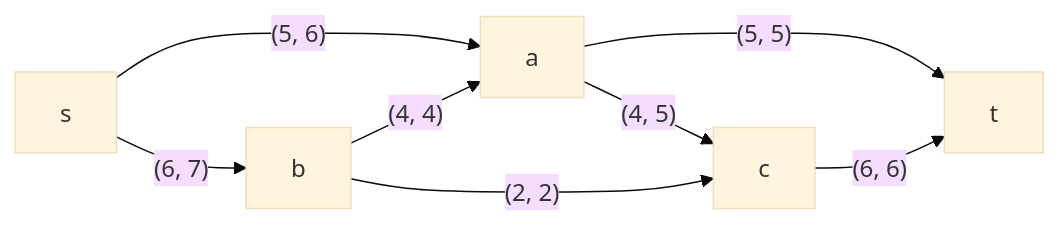
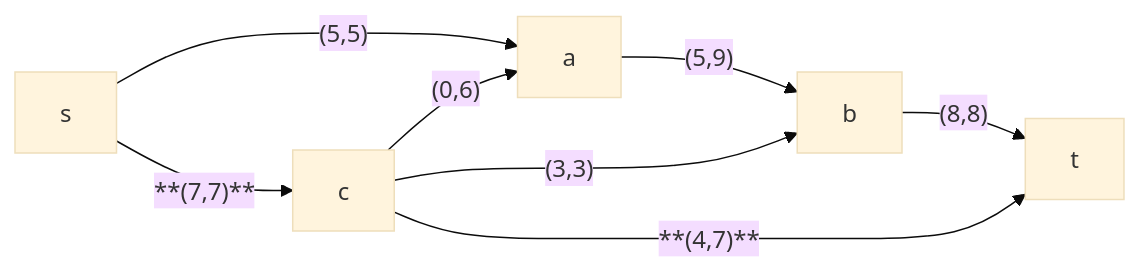
Diagram 13 of 13 in task-9/mikhailkrug.md (hse-algo-24-owl/manual-tasks-owl), drawn with Mermaid (base theme) before and after one commit. The commit also changed other lines of this file, not shown here.

````diff
--- a/task-9/mikhailkrug.md
+++ b/task-9/mikhailkrug.md
@@ -181,10 +194,11 @@
 ```mermaid
 graph LR
-    s-->|"(5, 6)"|a
-    s-->|"(6, 7)"|b
-    b-->|"(4, 4)"|a
-    a-->|"(4, 5)"|c
-    a-->|"(5, 5)"|t
-    b-->|"(2, 2)"|c
-    c-->|"(6, 6)"|t
+    s-->|"(5,5)"|a
+    s-->|"**(7,7)**"|c
+    a-->|"(5,9)"|b
+    c-->|"(0,6)"|a
+    c-->|"(3,3)"|b
+    b-->|"(8,8)"|t
+    c-->|"**(4,7)**"|t
+
 ```
````
